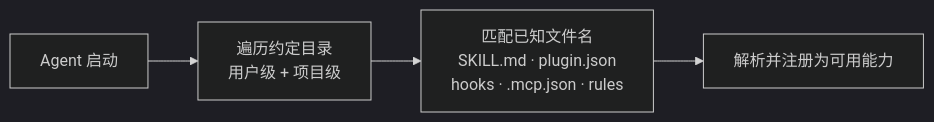
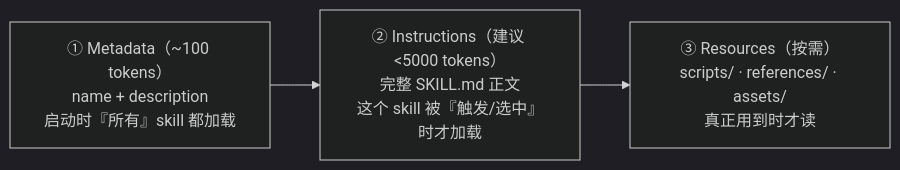
Before and after one commit to LLLLLayer/orbita: the fourth of 9 diagrams in docs/agent-extension-landscape.zh-CN.md, drawn with Mermaid (dark theme). The commit also changed other lines of this file and 5 other files, not shown here.

````diff
--- a/docs/agent-extension-landscape.zh-CN.md
+++ b/docs/agent-extension-landscape.zh-CN.md
@@ -36,6 +209,5 @@
 ```mermaid
 flowchart LR
-    A["Agent 启动"] --> B["遍历约定目录<br/>用户级 + 项目级"]
-    B --> C["匹配已知文件名<br/>SKILL.md · plugin.json<br/>hooks · .mcp.json · rules"]
-    C --> G["解析并注册为可用能力"]
+    M["① Metadata（~100 tokens）<br/>name + description<br/>启动时『所有』skill 都加载"] --> I["② Instructions（建议 <5000 tokens）<br/>完整 SKILL.md 正文<br/>这个 skill 被『触发/选中』时才加载"]
+    I --> R["③ Resources（按需）<br/>scripts/ · references/ · assets/<br/>真正用到时才读"]
 ```
````
